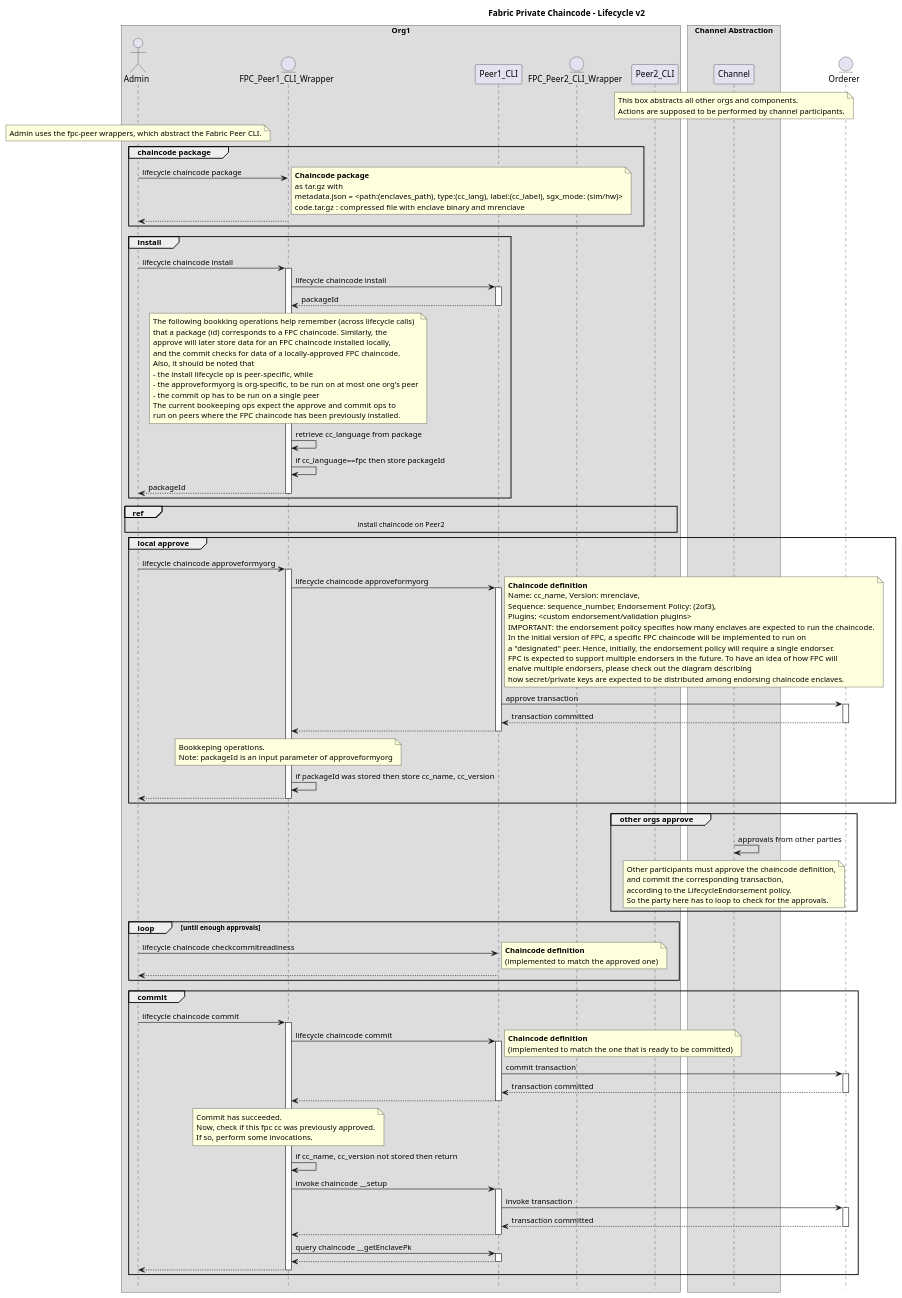
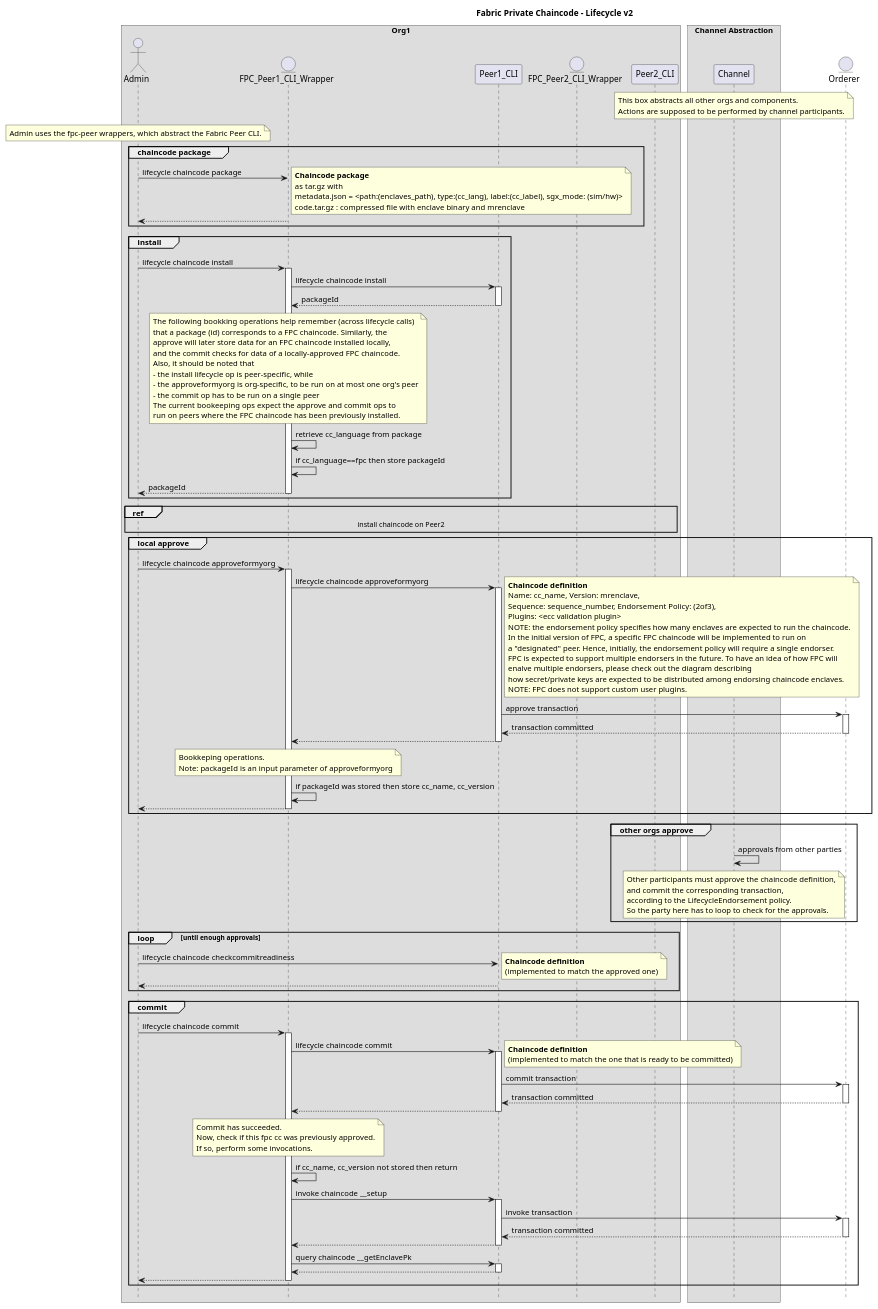
The diagram in docs/design/fabric-v2+/fpc-lifecycle-v2.puml (hyperledger/fabric-private-chaincode), drawn with PlantUML before and after one commit.

Commit message:
note on custom plugins

```diff
--- a/docs/design/fabric-v2+/fpc-lifecycle-v2.puml
+++ b/docs/design/fabric-v2+/fpc-lifecycle-v2.puml
@@ -8,139 +8,140 @@
 @startuml
 
 !pragma teoz true
 
 hide footbox
 title Foot Box removed
 
 title Fabric Private Chaincode - Lifecycle v2
 
 box "Org1"
 actor	Admin order 10
 entity "FPC_Peer1_CLI_Wrapper" as FPC_Peer1_CLI_Wrapper order 15
 participant Peer1_CLI order 20
 entity "FPC_Peer2_CLI_Wrapper" as FPC_Peer2_CLI_Wrapper order 30
 participant Peer2_CLI order 40
 end box
 
 box "Channel Abstraction"
 participant Channel order 70
 note over Channel
     This box abstracts all other orgs and components.
     Actions are supposed to be performed by channel participants.
 end note
 end box
 
 entity Orderer order 80
 
 note over Admin
     Admin uses the fpc-peer wrappers, which abstract the Fabric Peer CLI.
 end note
 
 group chaincode package
 Admin -> FPC_Peer1_CLI_Wrapper : lifecycle chaincode package
 note right
     **Chaincode package**
     as tar.gz with
     metadata.json = <path:(enclaves_path), type:(cc_lang), label:(cc_label), sgx_mode: (sim/hw)>
     code.tar.gz : compressed file with enclave binary and mrenclave
 end note
 return
 end /' group chaincode package '/
 
 group install
 Admin -> FPC_Peer1_CLI_Wrapper ++: lifecycle chaincode install
 FPC_Peer1_CLI_Wrapper -> Peer1_CLI ++: lifecycle chaincode install
 return packageId
 note over FPC_Peer1_CLI_Wrapper
     The following bookking operations help remember (across lifecycle calls)
     that a package (id) corresponds to a FPC chaincode. Similarly, the
     approve will later store data for an FPC chaincode installed locally,
     and the commit checks for data of a locally-approved FPC chaincode.
     Also, it should be noted that
     - the install lifecycle op is peer-specific, while
     - the approveformyorg is org-specific, to be run on at most one org's peer
     - the commit op has to be run on a single peer
     The current bookeeping ops expect the approve and commit ops to
     run on peers where the FPC chaincode has been previously installed.
 end note
 FPC_Peer1_CLI_Wrapper -> FPC_Peer1_CLI_Wrapper : retrieve cc_language from package
 FPC_Peer1_CLI_Wrapper -> FPC_Peer1_CLI_Wrapper : if cc_language==fpc then store packageId
 return packageId /' Admin -> FPC_Peer1_CLI_Wrapper '/
 end /' group install '/
 
 ref over Admin, FPC_Peer2_CLI_Wrapper, Peer2_CLI
     install chaincode on Peer2
 end /' ref '/
 
 group local approve
 Admin -> FPC_Peer1_CLI_Wrapper ++: lifecycle chaincode approveformyorg
 FPC_Peer1_CLI_Wrapper -> Peer1_CLI ++: lifecycle chaincode approveformyorg
 note right
     **Chaincode definition**
     Name: cc_name, Version: mrenclave,
     Sequence: sequence_number, Endorsement Policy: (2of3),
-    Plugins: <custom endorsement/validation plugins>
-    IMPORTANT: the endorsement policy specifies how many enclaves are expected to run the chaincode.
+    Plugins: <ecc validation plugin>
+    NOTE: the endorsement policy specifies how many enclaves are expected to run the chaincode.
     In the initial version of FPC, a specific FPC chaincode will be implemented to run on
     a "designated" peer. Hence, initially, the endorsement policy will require a single endorser.
     FPC is expected to support multiple endorsers in the future. To have an idea of how FPC will
     enalve multiple endorsers, please check out the diagram describing
     how secret/private keys are expected to be distributed among endorsing chaincode enclaves.
+    NOTE: FPC does not support custom user plugins.
 end note
 Peer1_CLI -> Orderer ++: approve transaction
 return transaction committed /' Peer1_CLI -> Orderer '/
 return /' FPC_Peer1_CLI_Wrapper -> Peer1_CLI '/
 note over FPC_Peer1_CLI_Wrapper
     Bookkeping operations.
     Note: packageId is an input parameter of approveformyorg
 end note
 FPC_Peer1_CLI_Wrapper -> FPC_Peer1_CLI_Wrapper : if packageId was stored then store cc_name, cc_version
 return /' Admin -> FPC_Peer1_CLI_Wrapper '/
 end /' group approve '/
 
 group other orgs approve
 Channel -> Channel : approvals from other parties
 note over Channel
     Other participants must approve the chaincode definition,
     and commit the corresponding transaction,
     according to the LifecycleEndorsement policy.
     So the party here has to loop to check for the approvals.
 end note
 end group 'other orgs approve'
 
 
 loop until enough approvals
 	Admin -> Peer1_CLI : lifecycle chaincode checkcommitreadiness
 note right
     **Chaincode definition**
     (implemented to match the approved one)
 end note
     return
 end
 
 group commit
 Admin -> FPC_Peer1_CLI_Wrapper ++:lifecycle chaincode commit
 FPC_Peer1_CLI_Wrapper -> Peer1_CLI ++: lifecycle chaincode commit
 note right
     **Chaincode definition**
     (implemented to match the one that is ready to be committed)
 end note
 Peer1_CLI -> Orderer ++: commit transaction
 return transaction committed /' Peer1_CLI -> Orderer '/
 return /' FPC_Peer1_CLI_Wrapper -> Peer1_CLI '/
 note over FPC_Peer1_CLI_Wrapper
     Commit has succeeded.
     Now, check if this fpc cc was previously approved.
     If so, perform some invocations.
 end note
 FPC_Peer1_CLI_Wrapper -> FPC_Peer1_CLI_Wrapper : if cc_name, cc_version not stored then return
 FPC_Peer1_CLI_Wrapper -> Peer1_CLI ++: invoke chaincode __setup
 Peer1_CLI -> Orderer ++: invoke transaction
 return transaction committed
 return /' FPC_Peer1_CLI_Wrapper -> Peer1_CLI '/
 FPC_Peer1_CLI_Wrapper -> Peer1_CLI ++: query chaincode __getEnclavePk
 return /' FPC_Peer1_CLI_Wrapper -> Peer1_CLI '/
 return /' Admin -> FPC_Peer1_CLI_Wrapper '/
 end /' group commit '/
 
 @enduml
```
